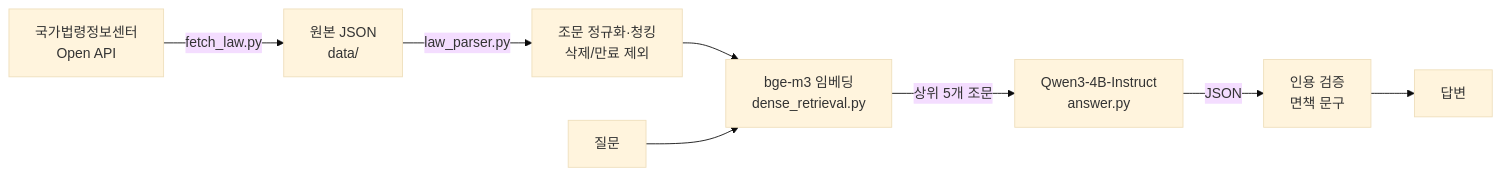
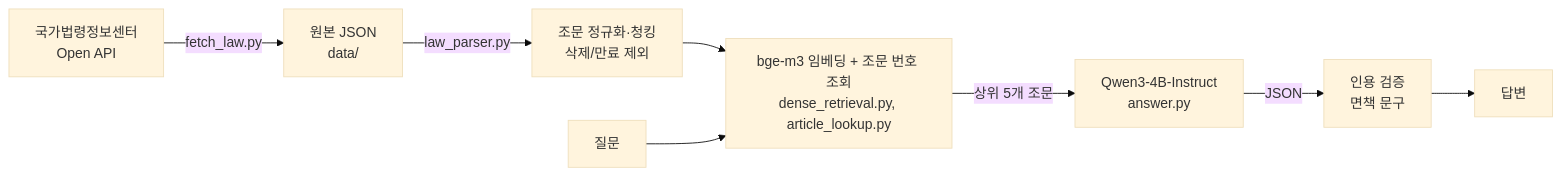
Before and after one commit to regalia08/LawLens: the diagram in README.md, drawn with Mermaid (base theme). The commit also changed other lines of this file and 8 other files, not shown here.

````diff
--- a/README.md
+++ b/README.md
@@ -99,10 +124,10 @@
 ```mermaid
 flowchart LR
     A[국가법령정보센터<br/>Open API] -->|fetch_law.py| B[원본 JSON<br/>data/]
     B -->|law_parser.py| C[조문 정규화·청킹<br/>삭제/만료 제외]
-    C --> D[bge-m3 임베딩<br/>dense_retrieval.py]
+    C --> D[bge-m3 임베딩 + 조문 번호 조회<br/>dense_retrieval.py, article_lookup.py]
     Q[질문] --> D
     D -->|상위 5개 조문| E[Qwen3-4B-Instruct<br/>answer.py]
     E -->|JSON| F[인용 검증<br/>면책 문구]
     F --> R[답변]
 ```
````
